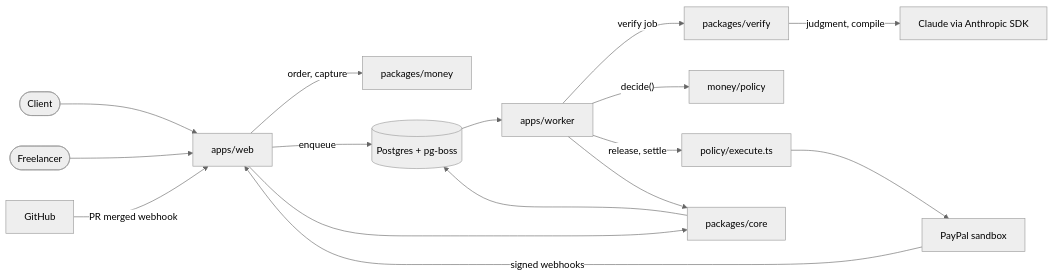
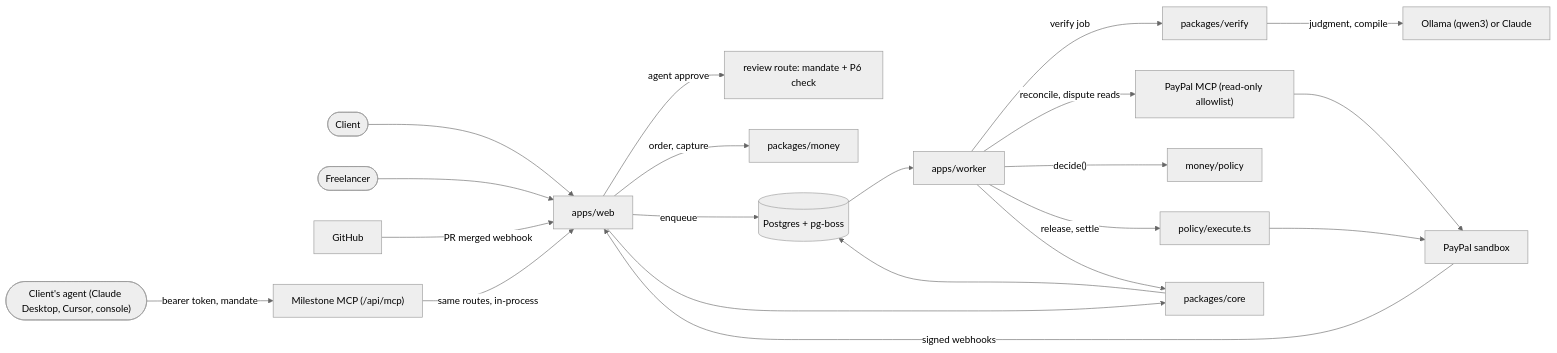
One commit to sn31/milestone changed the first of 2 diagrams in docs/architecture.md. Above: the diagram before and after it, drawn with Mermaid (neutral theme). The commit also changed other lines of this file and 36 other files, not shown here.

````diff
--- a/docs/architecture.md
+++ b/docs/architecture.md
@@ -14,18 +21,23 @@
 ```mermaid
 flowchart LR
   Client([Client]) --> Web[apps/web]
   Freelancer([Freelancer]) --> Web
   GH[GitHub] -- "PR merged webhook" --> Web
   PP[PayPal sandbox] -- "signed webhooks" --> Web
+  Agent(["Client's agent (Claude Desktop, Cursor, console)"]) -- "bearer token, mandate" --> MCP["Milestone MCP (/api/mcp)"]
+  MCP -- "same routes, in-process" --> Web
+  Web -- "agent approve" --> Review["review route: mandate + P6 check"]
   Web -- "order, capture" --> Money[packages/money]
   Web -- enqueue --> PG[(Postgres + pg-boss)]
   Web --> Core[packages/core]
   PG --> Worker[apps/worker]
   Worker -- "verify job" --> Verify[packages/verify]
-  Verify -- "judgment, compile" --> LLM[Claude via Anthropic SDK]
+  Verify -- "judgment, compile" --> LLM["Ollama (qwen3) or Claude"]
+  Worker -- "reconcile, dispute reads" --> PPMCP["PayPal MCP (read-only allowlist)"]
+  PPMCP --> PP
   Worker -- "decide()" --> Policy[money/policy]
   Worker -- "release, settle" --> Exec[policy/execute.ts]
   Exec --> PP
   Worker --> Core
   Core --> PG
 ```
````
